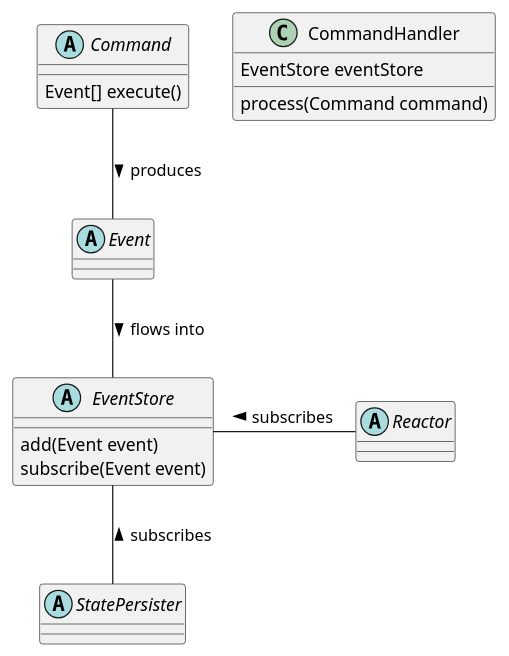
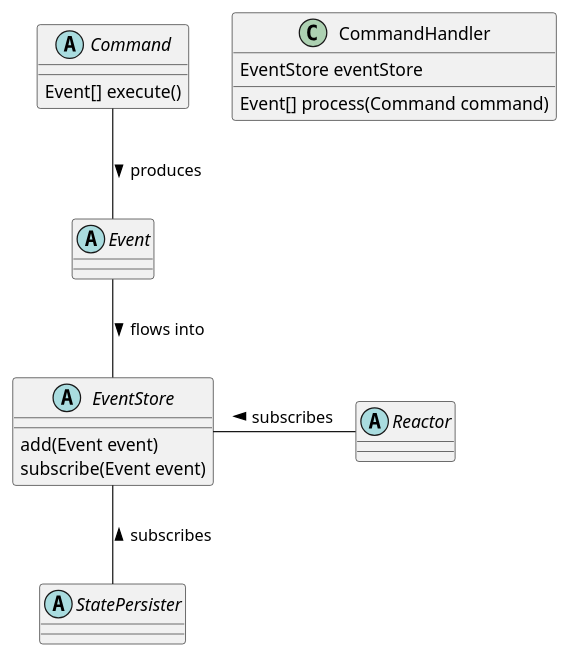
One commit to joaovicente/stories-event-driven-study changed the diagram in part2/stories/src/main/resources/domain-classes.puml. Above: the diagram before and after it, drawn with PlantUML. The commit also changed 17 other files, not shown here.

```diff
--- a/part2/stories/src/main/resources/domain-classes.puml
+++ b/part2/stories/src/main/resources/domain-classes.puml
@@ -1,26 +1,26 @@
 @startuml
 
 abstract class Command {
     Event[] execute()
 }
 
 abstract class Event
 abstract class EventStore   {
     add(Event event)
     subscribe(Event event)
 }
 abstract StatePersister
 abstract class Reactor
 
 class CommandHandler {
     EventStore eventStore
-    {method} process(Command command)
+    {method} Event[] process(Command command)
 }
 
 Command -down- Event : produces >
 Event -down- EventStore : flows into >
 EventStore -down- StatePersister : subscribes <
 EventStore -right- Reactor : subscribes <
 
 
 @enduml
```
